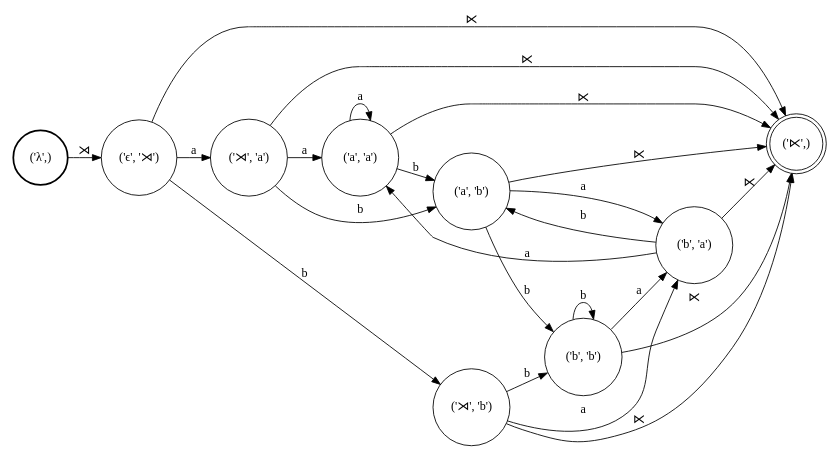
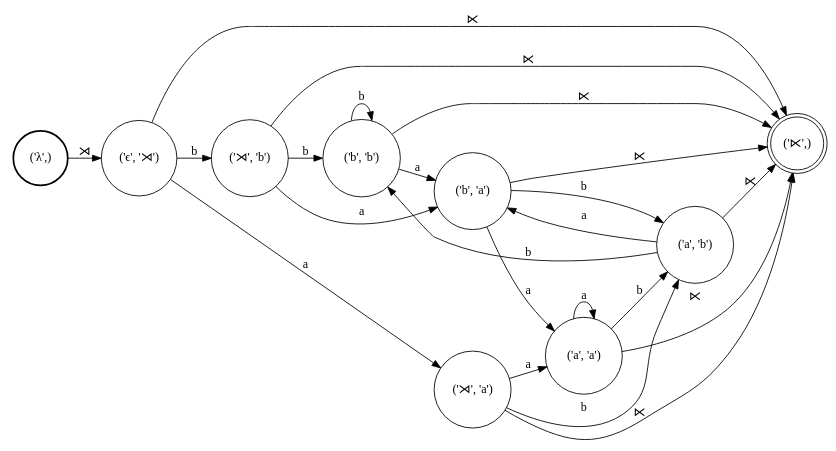
Before and after one commit to colincwilson/wynini: the diagram in demo/L.dot, drawn with Graphviz. The commit also changed 7 other files, not shown here.

```diff
--- a/demo/L.dot
+++ b/demo/L.dot
@@ -1,39 +1,39 @@
 digraph FST {
 rankdir = LR;
 size = "8.5,11";
 center = 1;
 orientation = Portrait;
 ranksep = "0.4";
 nodesep = "0.25";
 0 [label = "('λ',)", shape = circle, style = bold, fontsize = 14]
 	0 -> 1 [label = "⋊", fontsize = 14];
 1 [label = "('ϵ', '⋊')", shape = circle, style = solid, fontsize = 14]
-	1 -> 2 [label = "a", fontsize = 14];
-	1 -> 3 [label = "b", fontsize = 14];
+	1 -> 2 [label = "b", fontsize = 14];
+	1 -> 3 [label = "a", fontsize = 14];
 	1 -> 8 [label = "⋉", fontsize = 14];
-2 [label = "('⋊', 'a')", shape = circle, style = solid, fontsize = 14]
-	2 -> 4 [label = "a", fontsize = 14];
-	2 -> 5 [label = "b", fontsize = 14];
+2 [label = "('⋊', 'b')", shape = circle, style = solid, fontsize = 14]
+	2 -> 4 [label = "b", fontsize = 14];
+	2 -> 5 [label = "a", fontsize = 14];
 	2 -> 8 [label = "⋉", fontsize = 14];
-3 [label = "('⋊', 'b')", shape = circle, style = solid, fontsize = 14]
-	3 -> 6 [label = "a", fontsize = 14];
-	3 -> 7 [label = "b", fontsize = 14];
+3 [label = "('⋊', 'a')", shape = circle, style = solid, fontsize = 14]
+	3 -> 6 [label = "b", fontsize = 14];
+	3 -> 7 [label = "a", fontsize = 14];
 	3 -> 8 [label = "⋉", fontsize = 14];
-4 [label = "('a', 'a')", shape = circle, style = solid, fontsize = 14]
-	4 -> 4 [label = "a", fontsize = 14];
-	4 -> 5 [label = "b", fontsize = 14];
+4 [label = "('b', 'b')", shape = circle, style = solid, fontsize = 14]
+	4 -> 4 [label = "b", fontsize = 14];
+	4 -> 5 [label = "a", fontsize = 14];
 	4 -> 8 [label = "⋉", fontsize = 14];
-5 [label = "('a', 'b')", shape = circle, style = solid, fontsize = 14]
-	5 -> 6 [label = "a", fontsize = 14];
-	5 -> 7 [label = "b", fontsize = 14];
+5 [label = "('b', 'a')", shape = circle, style = solid, fontsize = 14]
+	5 -> 6 [label = "b", fontsize = 14];
+	5 -> 7 [label = "a", fontsize = 14];
 	5 -> 8 [label = "⋉", fontsize = 14];
-6 [label = "('b', 'a')", shape = circle, style = solid, fontsize = 14]
-	6 -> 4 [label = "a", fontsize = 14];
-	6 -> 5 [label = "b", fontsize = 14];
+6 [label = "('a', 'b')", shape = circle, style = solid, fontsize = 14]
+	6 -> 4 [label = "b", fontsize = 14];
+	6 -> 5 [label = "a", fontsize = 14];
 	6 -> 8 [label = "⋉", fontsize = 14];
-7 [label = "('b', 'b')", shape = circle, style = solid, fontsize = 14]
-	7 -> 6 [label = "a", fontsize = 14];
-	7 -> 7 [label = "b", fontsize = 14];
+7 [label = "('a', 'a')", shape = circle, style = solid, fontsize = 14]
+	7 -> 6 [label = "b", fontsize = 14];
+	7 -> 7 [label = "a", fontsize = 14];
 	7 -> 8 [label = "⋉", fontsize = 14];
 8 [label = "('⋉',)", shape = doublecircle, style = solid, fontsize = 14]
 }
```
